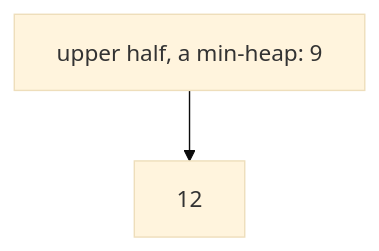
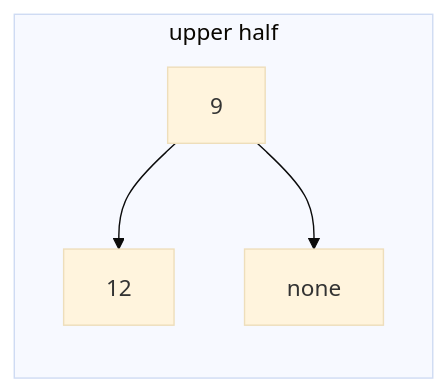
One commit to bkuberek/coding-study changed the second of 2 diagrams in guides/heap-patterns/guide.md. Above: the diagram before and after it, drawn with Mermaid (base theme). The commit also changed other lines of this file and 27 other files, not shown here.

````diff
--- a/guides/heap-patterns/guide.md
+++ b/guides/heap-patterns/guide.md
@@ -134,6 +143,10 @@
 ```mermaid
-flowchart TD
+flowchart LR
   accTitle: The upper half, a min-heap
-  accDescr: The upper half holds 9 and 12 as a min-heap: 9 is the root, with 12 below it.
-  h9["upper half, a min-heap: 9"] --> h12["12"]
+  accDescr: The upper half holds 9 and 12 as a min-heap: 9 is the root, and 12 is its left child; a box marked none stands for the empty right place.
+  subgraph upper["upper half"]
+    direction TB
+    h9["9"] --> h12["12"]
+    h9 --> n9["none"]
+  end
 ```
````
